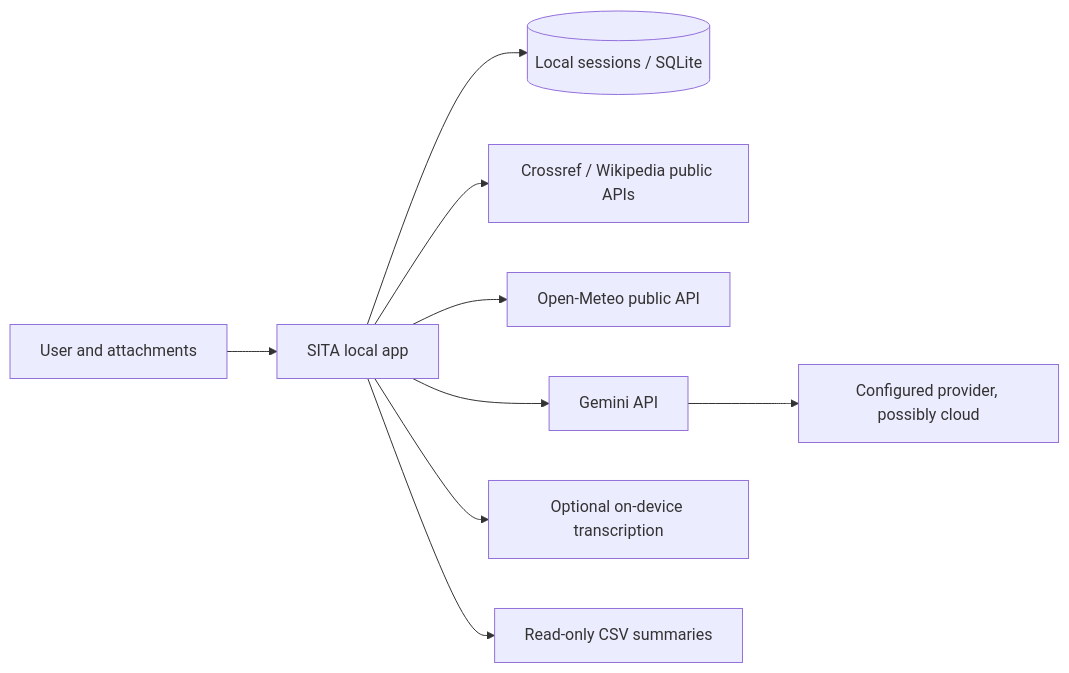
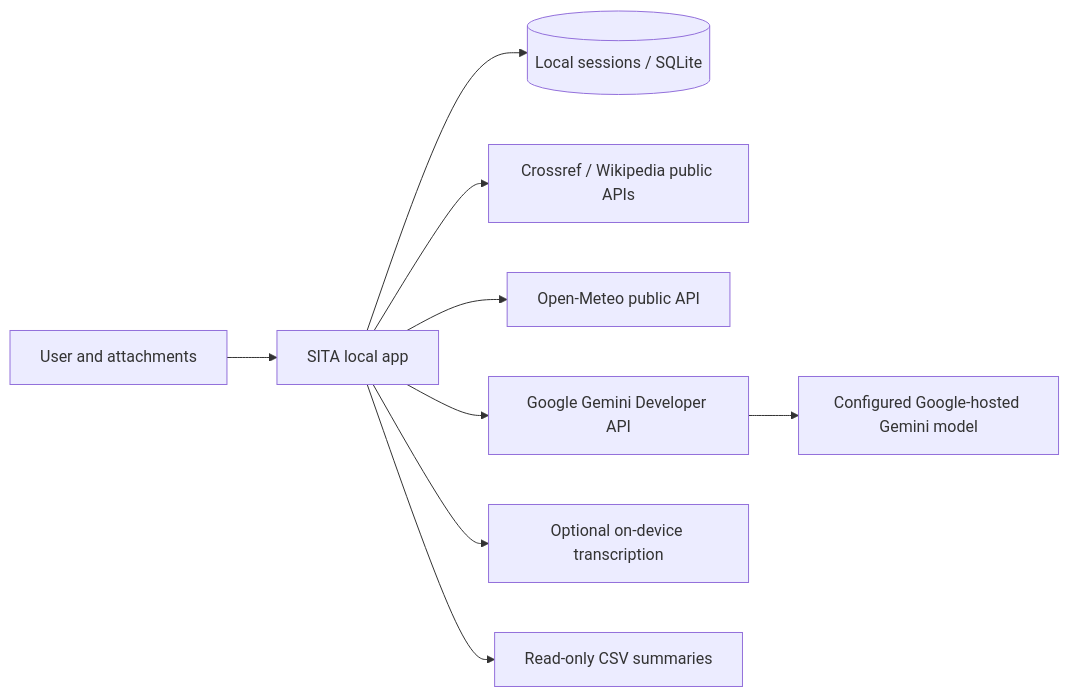
One commit to deathkernel/SITA changed the ninth of 12 diagrams in README.md. Above: the diagram before and after it, drawn with Mermaid. The commit also changed other lines of this file, not shown here.

Commit message:
Fix remaining Gemini architecture diagram labels

````diff
--- a/README.md
+++ b/README.md
@@ -459,11 +459,11 @@
 ```mermaid
 flowchart LR
   User[User and attachments] --> SITA[SITA local app]
   SITA --> Local[(Local sessions / SQLite)]
   SITA --> Research[Crossref / Wikipedia public APIs]
   SITA --> Weather[Open-Meteo public API]
-  SITA --> Omni[Gemini API]
-  Omni --> Cloud[Configured provider, possibly cloud]
+  SITA --> Gemini[Google Gemini Developer API]
+  Gemini --> Model[Configured Google-hosted Gemini model]
   SITA --> Speech[Optional on-device transcription]
   SITA --> CSV[Read-only CSV summaries]
 ```
````
